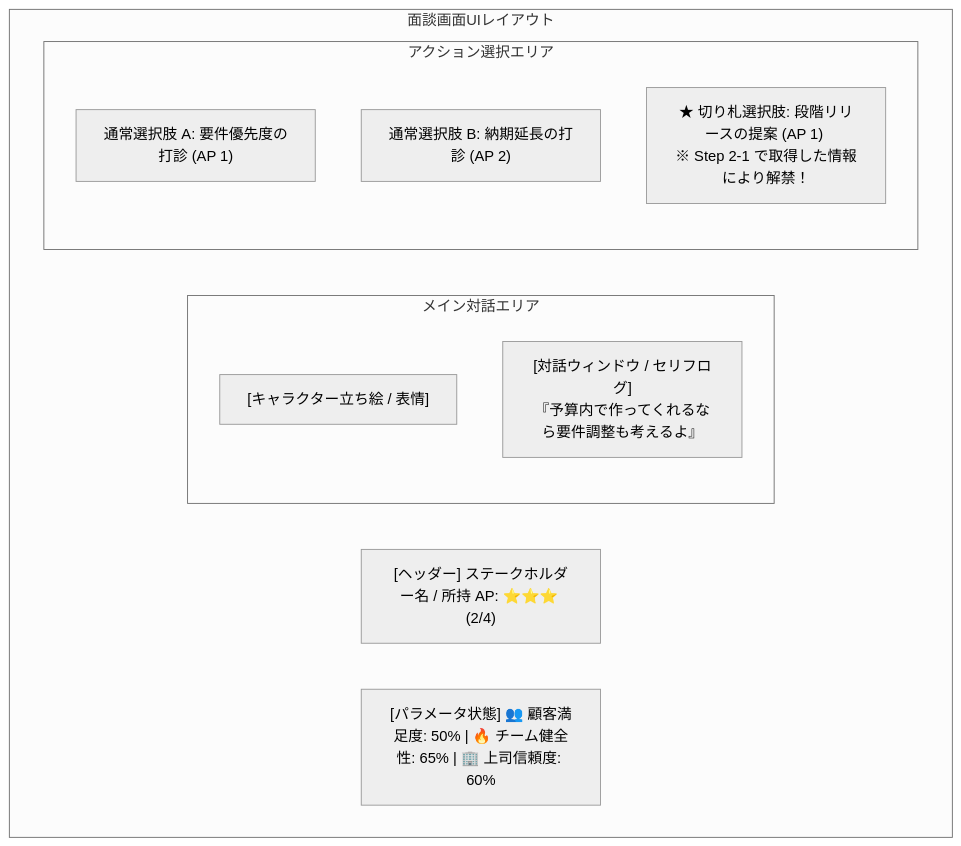
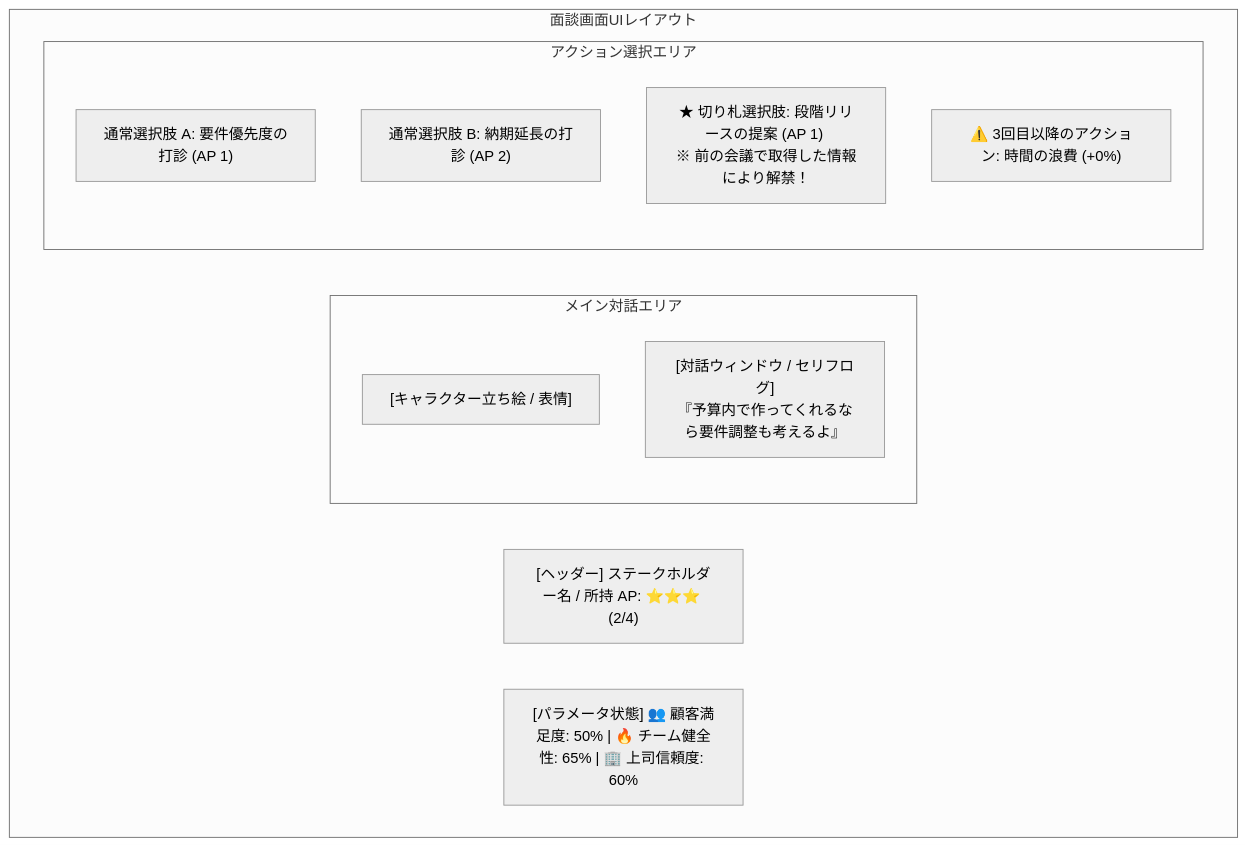
Before and after one commit to asabon/pm-simulator: the third of 3 diagrams in docs/spec/phase1_kickoff.md, drawn with Mermaid (neutral theme). The commit also changed other lines of this file, not shown here.

````diff
--- a/docs/spec/phase1_kickoff.md
+++ b/docs/spec/phase1_kickoff.md
@@ -71,18 +91,19 @@
 ```mermaid
 graph TB
     subgraph 面談画面UIレイアウト
         HEADER["[ヘッダー] ステークホルダー名 / 所持 AP: ⭐⭐⭐ (2/4)"]
         STATUS["[パラメータ状態] 👥 顧客満足度: 50% | 🔥 チーム健全性: 65% | 🏢 上司信頼度: 60%"]
         
         subgraph MAIN["メイン対話エリア"]
             CHAR["[キャラクター立ち絵 / 表情]"]
             DIALOG["[対話ウィンドウ / セリフログ]<br>『予算内で作ってくれるなら要件調整も考えるよ』"]
         end
 
         subgraph ACTIONS["アクション選択エリア"]
             ACT1["通常選択肢 A: 要件優先度の打診 (AP 1)"]
             ACT2["通常選択肢 B: 納期延長の打診 (AP 2)"]
-            ACT_SPECIAL["★ 切り札選択肢: 段階リリースの提案 (AP 1) <br>※ Step 2-1 で取得した情報により解禁！"]
+            ACT_SPECIAL["★ 切り札選択肢: 段階リリースの提案 (AP 1) <br>※ 前の会議で取得した情報により解禁！"]
+            ACT_WARNING["⚠️ 3回目以降のアクション: 時間の浪費 (+0%)"]
         end
     end
 ```
````
